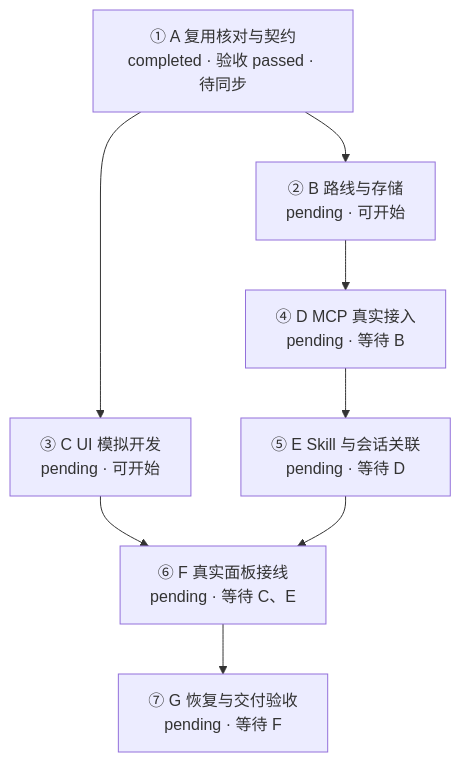
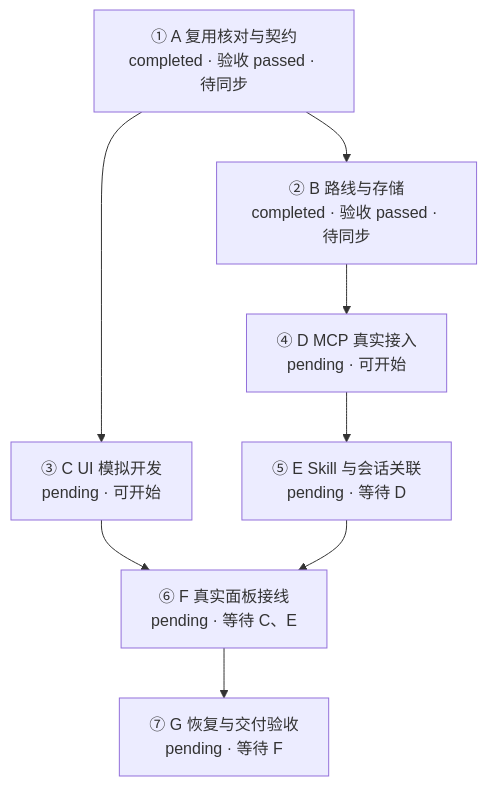
Before and after one commit to WuwuZhang0019/Codex-task-monitoring: the diagram in docs/03_轻量路线工作台/00_执行入口/01_当前执行台账_2026-11-10.md, drawn with Mermaid. The commit also changed other lines of this file and 4 other files, not shown here.

````diff
--- a/docs/03_轻量路线工作台/00_执行入口/01_当前执行台账_2026-11-10.md
+++ b/docs/03_轻量路线工作台/00_执行入口/01_当前执行台账_2026-11-10.md
@@ -108,10 +130,10 @@
 ```mermaid
 flowchart TD
-    A["① A 复用核对与契约<br/>completed · 验收 passed · 待同步"] --> B["② B 路线与存储<br/>pending · 可开始"]
+    A["① A 复用核对与契约<br/>completed · 验收 passed · 待同步"] --> B["② B 路线与存储<br/>completed · 验收 passed · 待同步"]
     A --> C["③ C UI 模拟开发<br/>pending · 可开始"]
-    B --> D["④ D MCP 真实接入<br/>pending · 等待 B"]
+    B --> D["④ D MCP 真实接入<br/>pending · 可开始"]
     D --> E["⑤ E Skill 与会话关联<br/>pending · 等待 D"]
     C --> F["⑥ F 真实面板接线<br/>pending · 等待 C、E"]
     E --> F
     F --> G["⑦ G 恢复与交付验收<br/>pending · 等待 F"]
 ```
````
